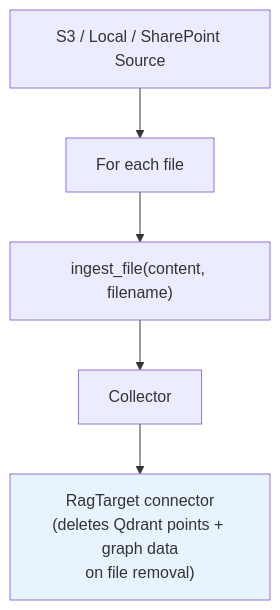
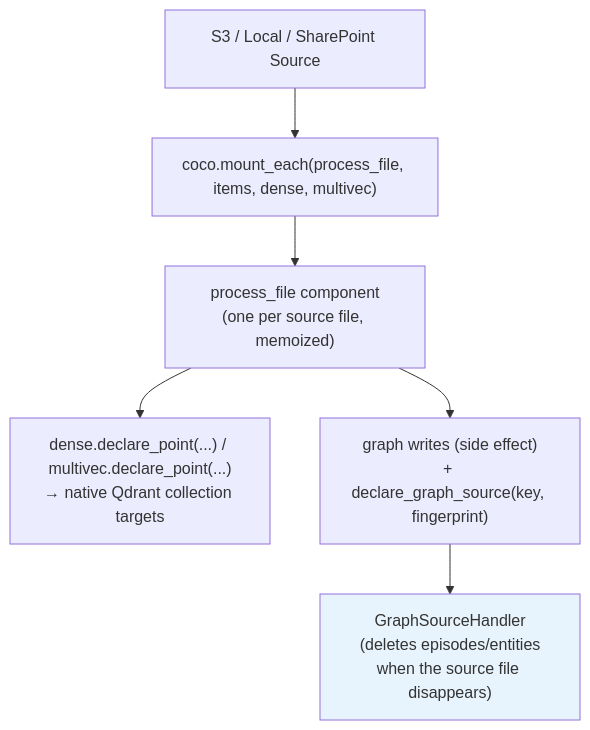
The first of 2 diagrams in docs/ingestion/cocoindex.md (dollro/spektr), drawn with Mermaid before and after one commit. The commit also changed other lines of this file and 23 other files, not shown here.

````diff
--- a/docs/ingestion/cocoindex.md
+++ b/docs/ingestion/cocoindex.md
@@ -37,9 +64,10 @@
 ```mermaid
 flowchart TD
-    Source["S3 / Local / SharePoint Source"] --> Row["For each file"]
-    Row --> Op["ingest_file(content, filename)"]
-    Op --> Collect["Collector"]
-    Collect --> Export["RagTarget connector\n(deletes Qdrant points + graph data\non file removal)"]
+    Source["S3 / Local / SharePoint Source"] --> Mount["coco.mount_each(process_file, items, dense, multivec)"]
+    Mount --> Comp["process_file component\n(one per source file, memoized)"]
+    Comp --> Points["dense.declare_point(...) / multivec.declare_point(...)\n→ native Qdrant collection targets"]
+    Comp --> Graph["graph writes (side effect)\n+ declare_graph_source(key, fingerprint)"]
+    Graph --> Handler["GraphSourceHandler\n(deletes episodes/entities\nwhen the source file disappears)"]
 
-    style Export fill:#e8f4fd
+    style Handler fill:#e8f4fd
 ```
````
